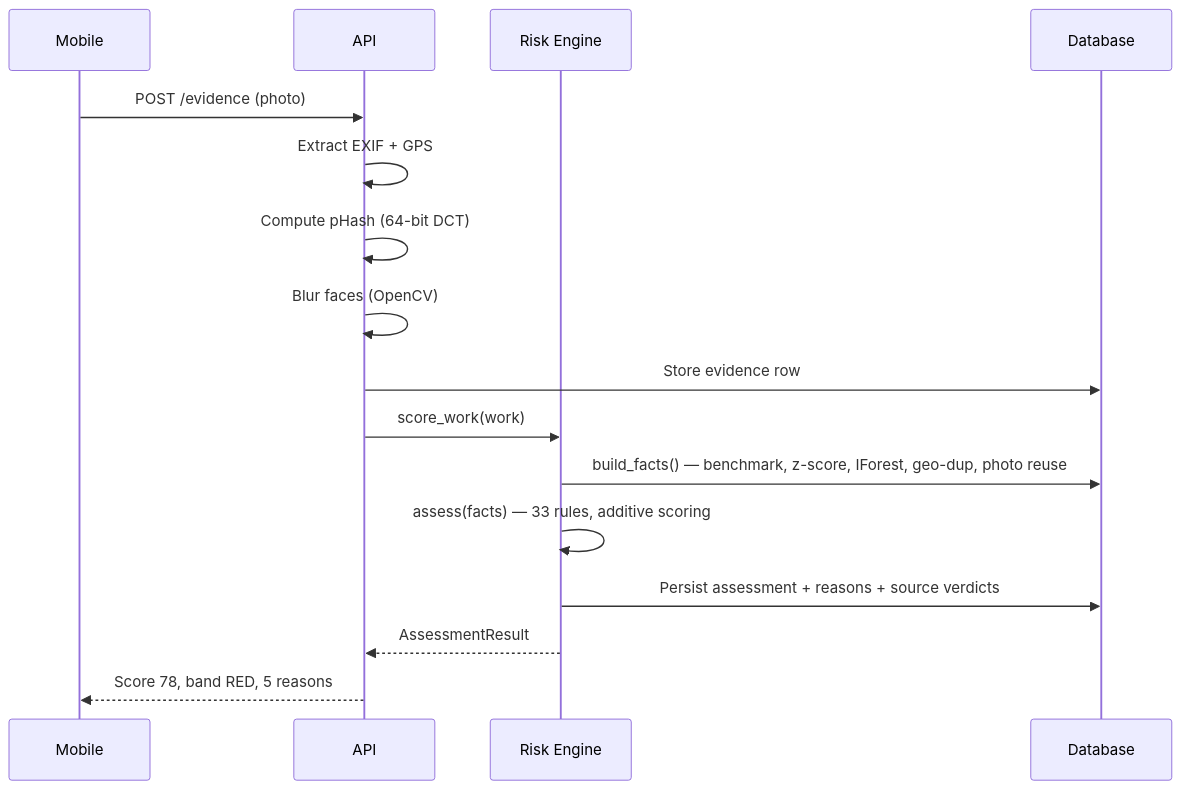
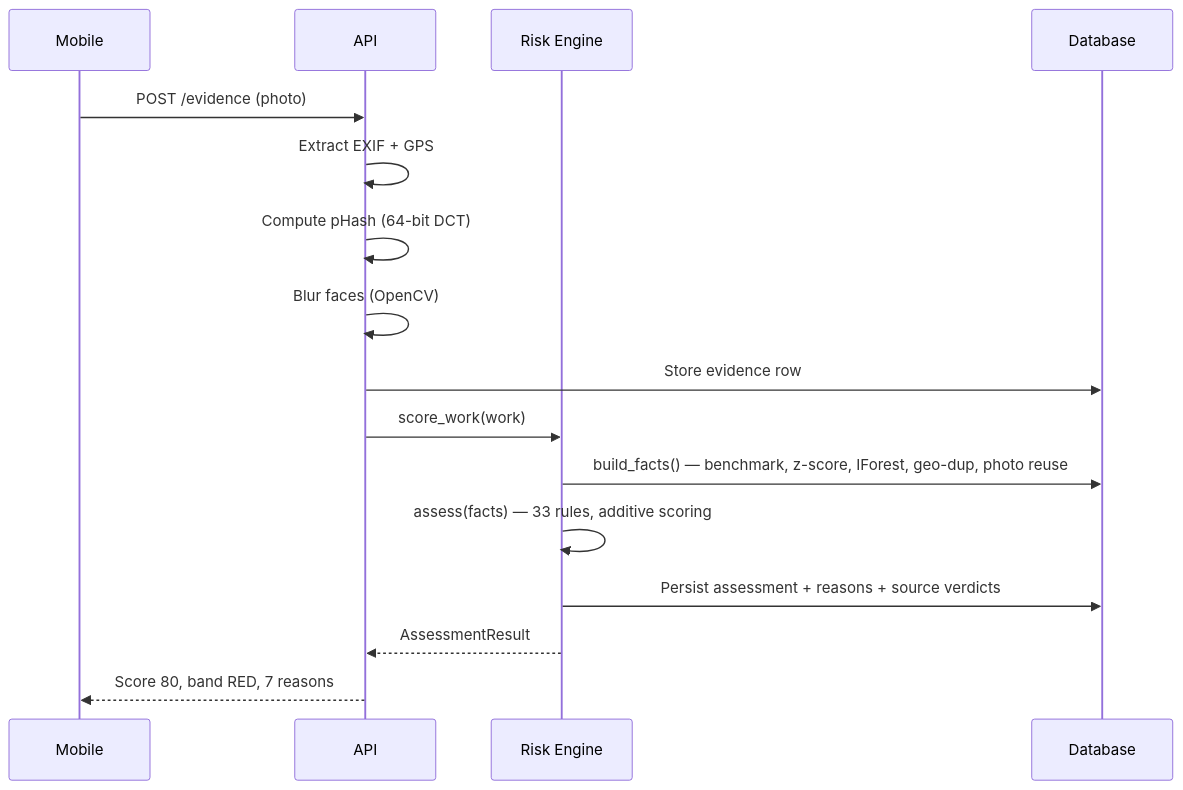
One commit to utkarsh684/MPLAD-SATYA changed the second of 5 diagrams in docs/architecture.md. Above: the diagram before and after it, drawn with Mermaid. The commit also changed 6 other files, not shown here.

````diff
--- a/docs/architecture.md
+++ b/docs/architecture.md
@@ -51,19 +51,19 @@
 ```mermaid
 sequenceDiagram
     participant M as Mobile
     participant A as API
     participant R as Risk Engine
     participant D as Database
 
     M->>A: POST /evidence (photo)
     A->>A: Extract EXIF + GPS
     A->>A: Compute pHash (64-bit DCT)
     A->>A: Blur faces (OpenCV)
     A->>D: Store evidence row
     A->>R: score_work(work)
     R->>D: build_facts() — benchmark, z-score, IForest, geo-dup, photo reuse
     R->>R: assess(facts) — 33 rules, additive scoring
     R->>D: Persist assessment + reasons + source verdicts
     R-->>A: AssessmentResult
-    A-->>M: Score 78, band RED, 5 reasons
+    A-->>M: Score 80, band RED, 7 reasons
 ```
````
